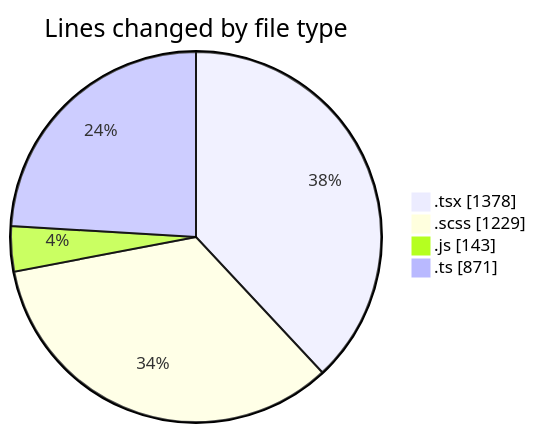
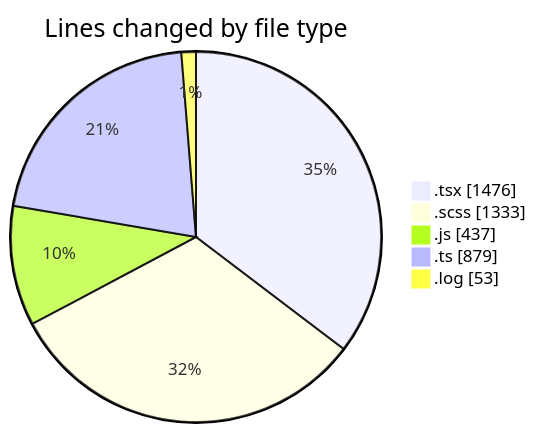
Before and after one commit to momahboobian/code-tracking: the first of 2 diagrams in 2026-03-25/cda/README.md, drawn with Mermaid. The commit also changed other lines of this file and 1 other file, not shown here.

````diff
--- a/2026-03-25/cda/README.md
+++ b/2026-03-25/cda/README.md
@@ -24,8 +27,9 @@
 ```mermaid
 pie showData
 title Lines changed by file type
-".tsx" : 1378
-".scss" : 1229
-".js" : 143
-".ts" : 871
+".tsx" : 1476
+".scss" : 1333
+".js" : 437
+".ts" : 879
+".log" : 53
 ```
````
